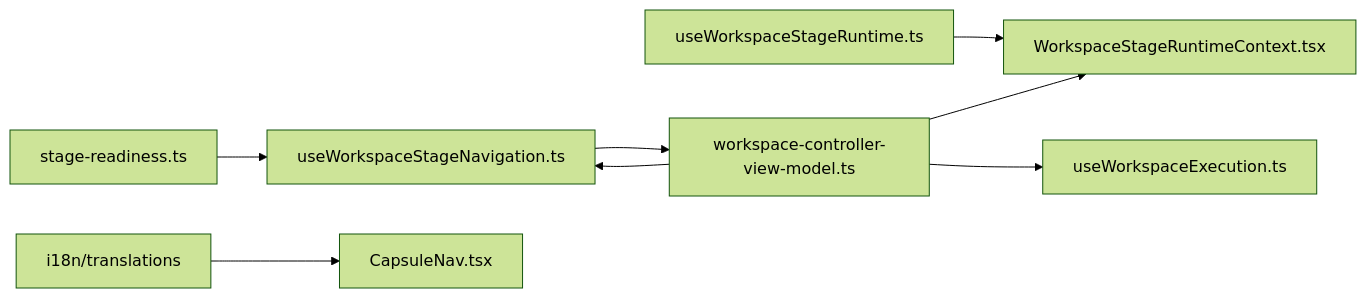
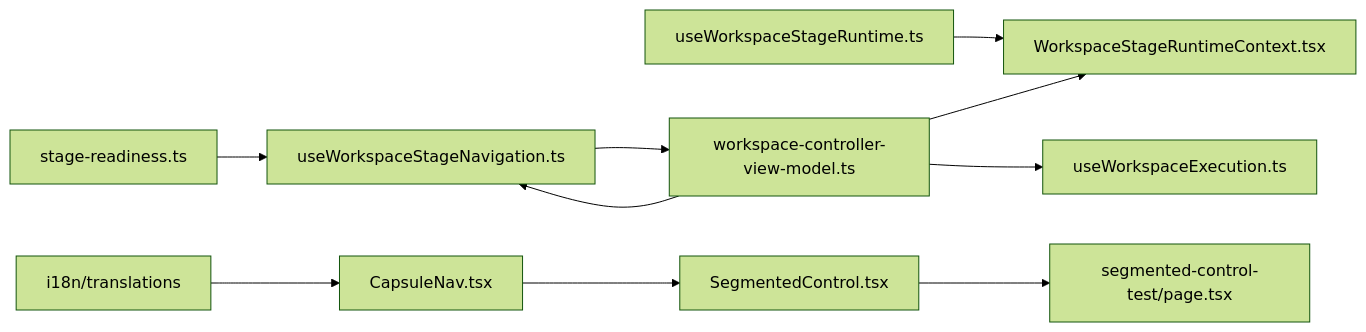
Before and after one commit to lyl2021/waoowaoo: the eighth of 8 diagrams in .qoder/repowiki/zh/content/前端组件架构/工作区组件/阶段导航系统.md, drawn with Mermaid (forest theme). The commit also changed other lines of this file and 15 other files, not shown here.

````diff
--- a/.qoder/repowiki/zh/content/前端组件架构/工作区组件/阶段导航系统.md
+++ b/.qoder/repowiki/zh/content/前端组件架构/工作区组件/阶段导航系统.md
@@ -388,10 +460,12 @@
 ```mermaid
 graph LR
 SR["stage-readiness.ts"] --> NAV["useWorkspaceStageNavigation.ts"]
 I18N["i18n/translations"] --> CAP["CapsuleNav.tsx"]
+CAP --> SEG["SegmentedControl.tsx"]
+SEG --> TEST["segmented-control-test/page.tsx"]
 NAV --> VM["workspace-controller-view-model.ts"]
 RT["useWorkspaceStageRuntime.ts"] --> CTX["WorkspaceStageRuntimeContext.tsx"]
 VM --> CTX
 VM --> NAV
 VM --> EXEC["useWorkspaceExecution.ts"]
 ```
````
